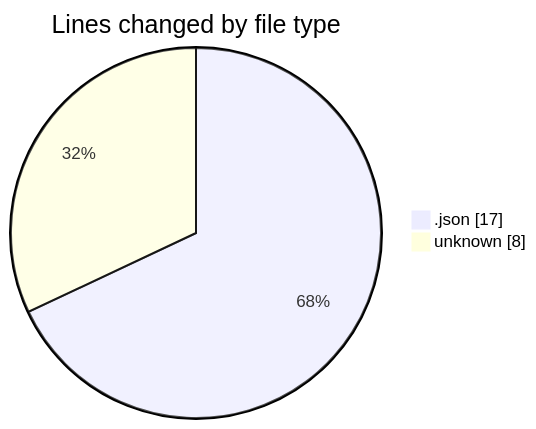
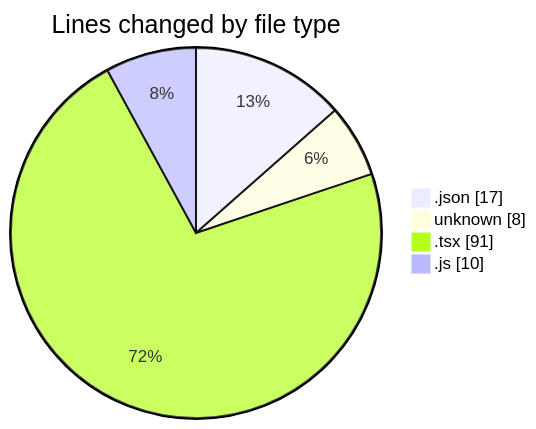
Before and after one commit to Elitesun/code-tracking: the first of 2 diagrams in 2025-05-02/niten/README.md, drawn with Mermaid. The commit also changed other lines of this file and 1 other file, not shown here.

````diff
--- a/2025-05-02/niten/README.md
+++ b/2025-05-02/niten/README.md
@@ -21,6 +25,8 @@
 ```mermaid
 pie showData
 title Lines changed by file type
 ".json" : 17
 "unknown" : 8
+".tsx" : 91
+".js" : 10
 ```
````
